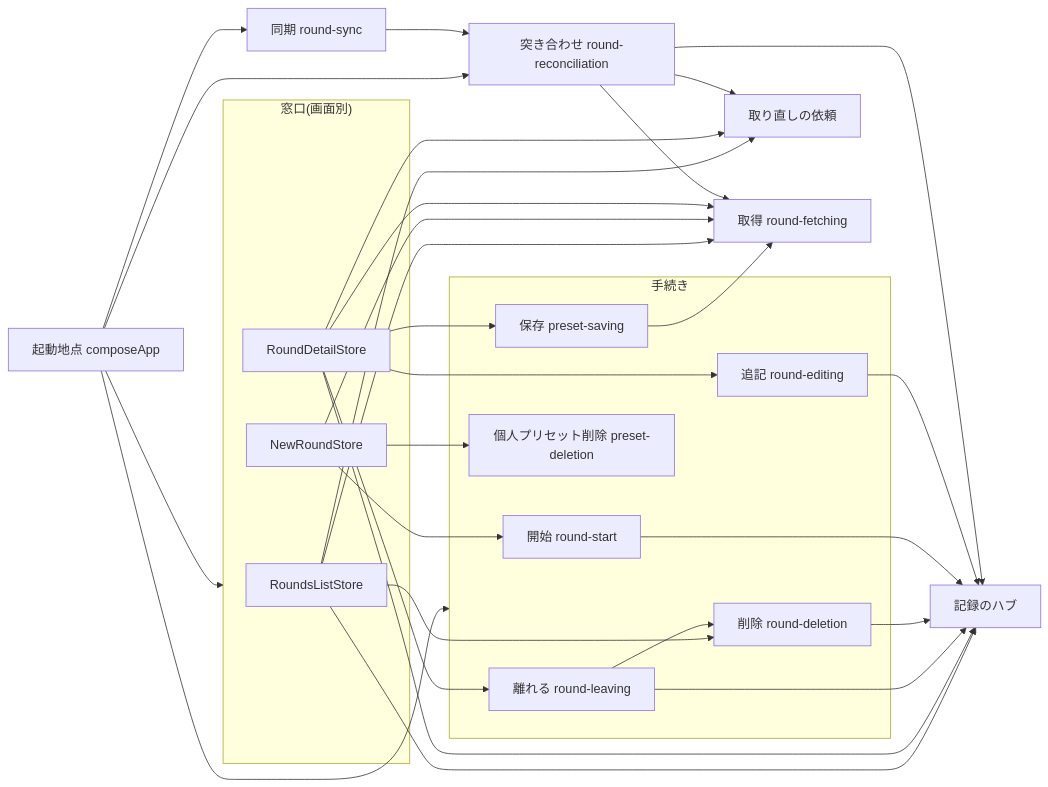
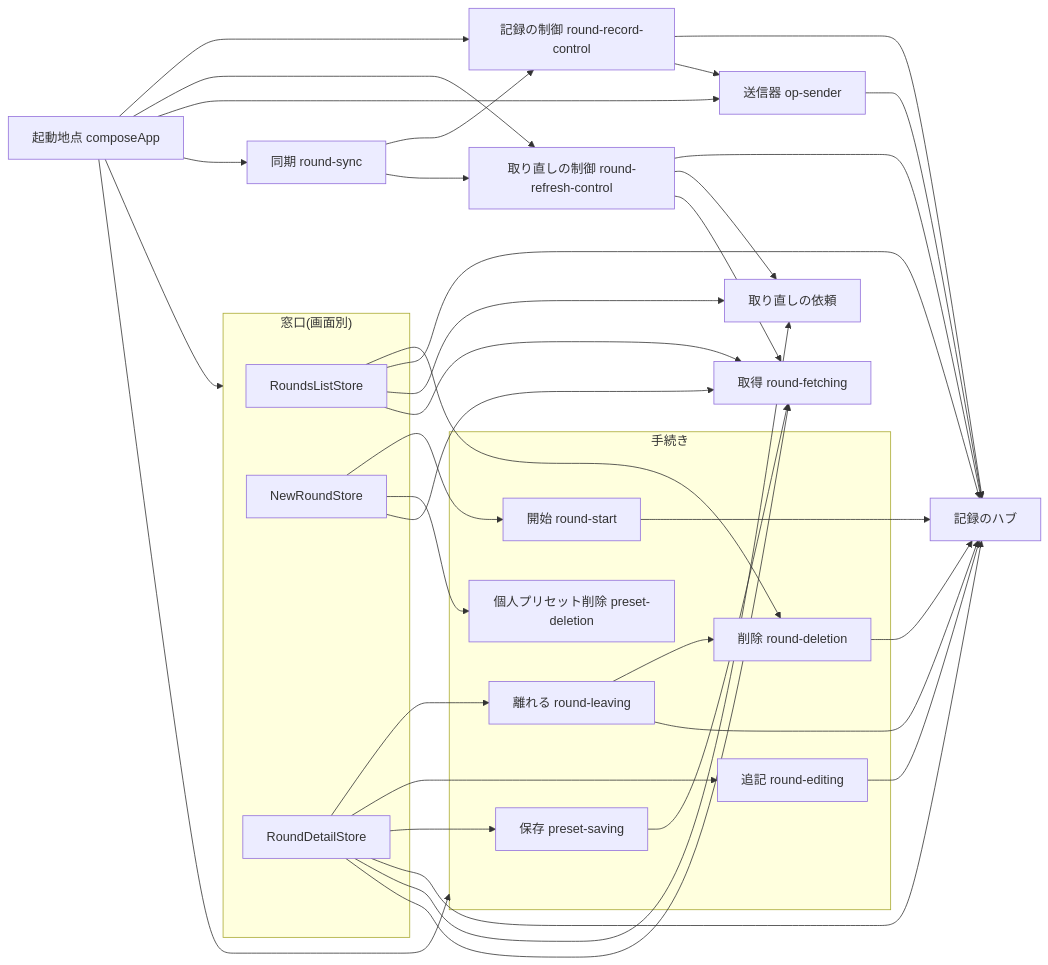
Before and after one commit to yukiyamasaki6/aims: the diagram in docs/features/rounds/design.md, drawn with Mermaid. The commit also changed other lines of this file and 52 other files, not shown here.

````diff
--- a/docs/features/rounds/design.md
+++ b/docs/features/rounds/design.md
@@ -13,49 +13,57 @@
 ```mermaid
 flowchart LR
   compose["起動地点 composeApp"]
   subgraph stores["窓口(画面別)"]
     list["RoundsListStore"]
     newRound["NewRoundStore"]
     detail["RoundDetailStore"]
   end
   subgraph procedures["手続き"]
     deletion["削除 round-deletion"]
     leaving["離れる round-leaving"]
     start["開始 round-start"]
     presetDeletion["個人プリセット削除 preset-deletion"]
     presetSaving["保存 preset-saving"]
     editing["追記 round-editing"]
   end
   hub["記録のハブ"]
   requests["取り直しの依頼"]
   fetching["取得 round-fetching"]
-  reconciliation["突き合わせ round-reconciliation"]
+  control["記録の制御 round-record-control"]
+  refreshControl["取り直しの制御 round-refresh-control"]
+  sender["送信器 op-sender"]
   sync["同期 round-sync"]
   compose --> stores
   compose --> procedures
-  compose --> reconciliation
+  compose --> control
+  compose --> refreshControl
+  compose --> sender
   compose --> sync
   list --> deletion
   list --> hub
   list --> requests
   list --> fetching
   newRound --> start
   newRound --> presetDeletion
   newRound --> fetching
   detail --> leaving
   detail --> editing
   detail --> presetSaving
   detail --> hub
   detail --> requests
   detail --> fetching
   leaving --> deletion
   leaving --> hub
   deletion --> hub
   start --> hub
   editing --> hub
   presetSaving --> fetching
-  reconciliation --> hub
-  reconciliation --> requests
-  reconciliation --> fetching
-  sync --> reconciliation
+  control --> hub
+  control --> sender
+  sender --> hub
+  refreshControl --> hub
+  refreshControl --> requests
+  refreshControl --> fetching
+  sync --> control
+  sync --> refreshControl
 ```
````
